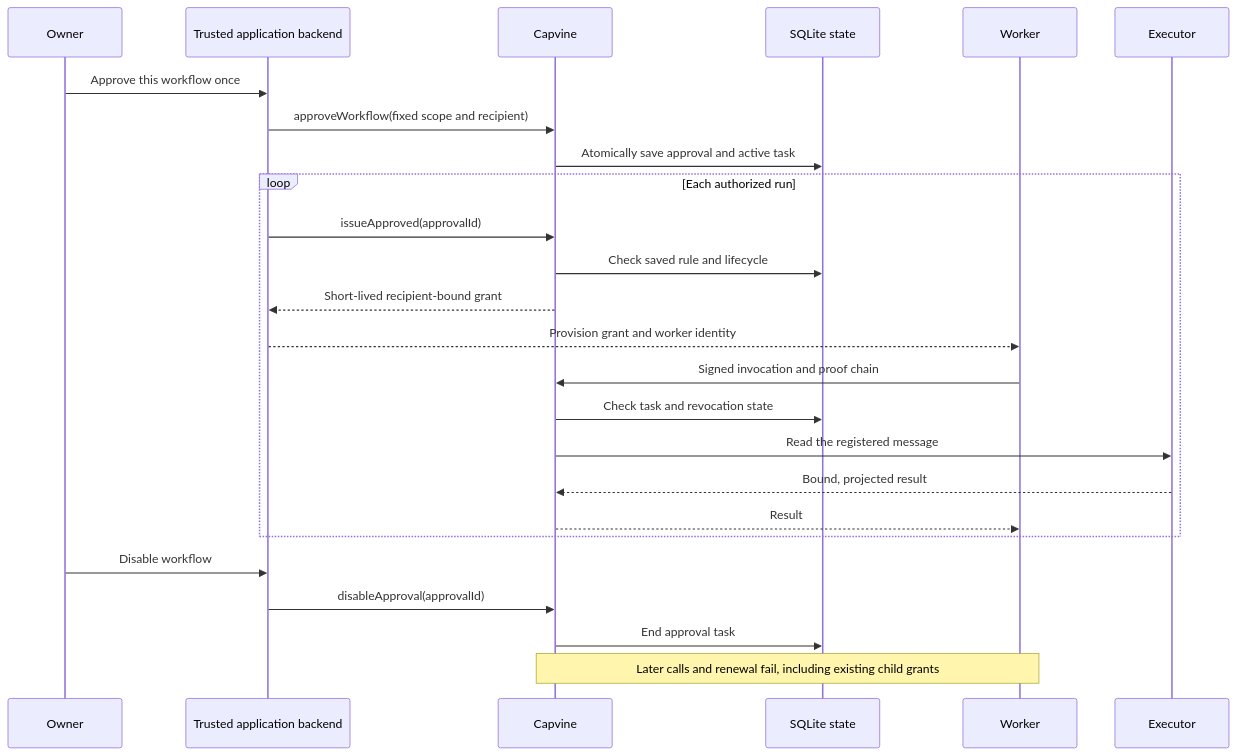
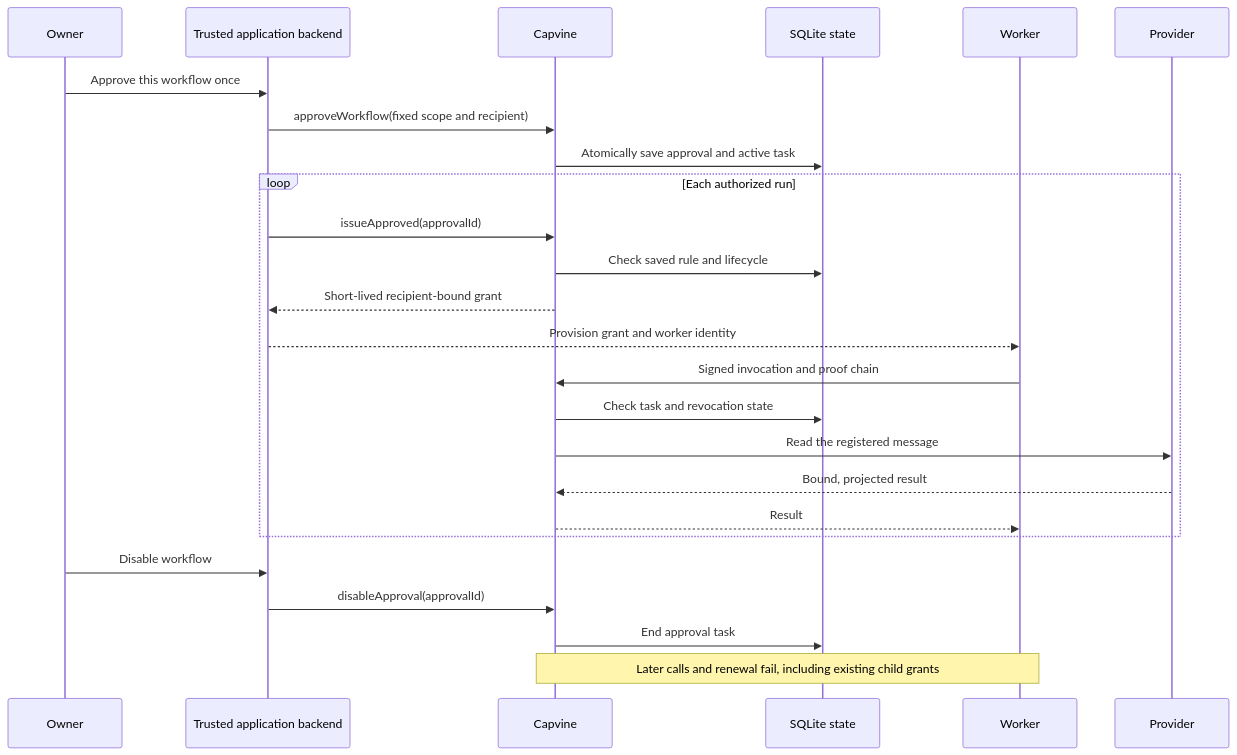
One commit to farming-labs/capvine changed the diagram in docs/workflow-approvals.md. Above: the diagram before and after it, drawn with Mermaid. The commit also changed other lines of this file and 30 other files, not shown here.

````diff
--- a/docs/workflow-approvals.md
+++ b/docs/workflow-approvals.md
@@ -17,27 +17,27 @@
 ```mermaid
 sequenceDiagram
   participant Owner
   participant Backend as Trusted application backend
   participant Capvine
   participant State as SQLite state
   participant Worker
-  participant Executor
+  participant Provider
   Owner->>Backend: Approve this workflow once
   Backend->>Capvine: approveWorkflow(fixed scope and recipient)
   Capvine->>State: Atomically save approval and active task
   loop Each authorized run
     Backend->>Capvine: issueApproved(approvalId)
     Capvine->>State: Check saved rule and lifecycle
     Capvine-->>Backend: Short-lived recipient-bound grant
     Backend-->>Worker: Provision grant and worker identity
     Worker->>Capvine: Signed invocation and proof chain
     Capvine->>State: Check task and revocation state
-    Capvine->>Executor: Read the registered message
-    Executor-->>Capvine: Bound, projected result
+    Capvine->>Provider: Read the registered message
+    Provider-->>Capvine: Bound, projected result
     Capvine-->>Worker: Result
   end
   Owner->>Backend: Disable workflow
   Backend->>Capvine: disableApproval(approvalId)
   Capvine->>State: End approval task
   Note over Capvine,Worker: Later calls and renewal fail, including existing child grants
 ```
````
